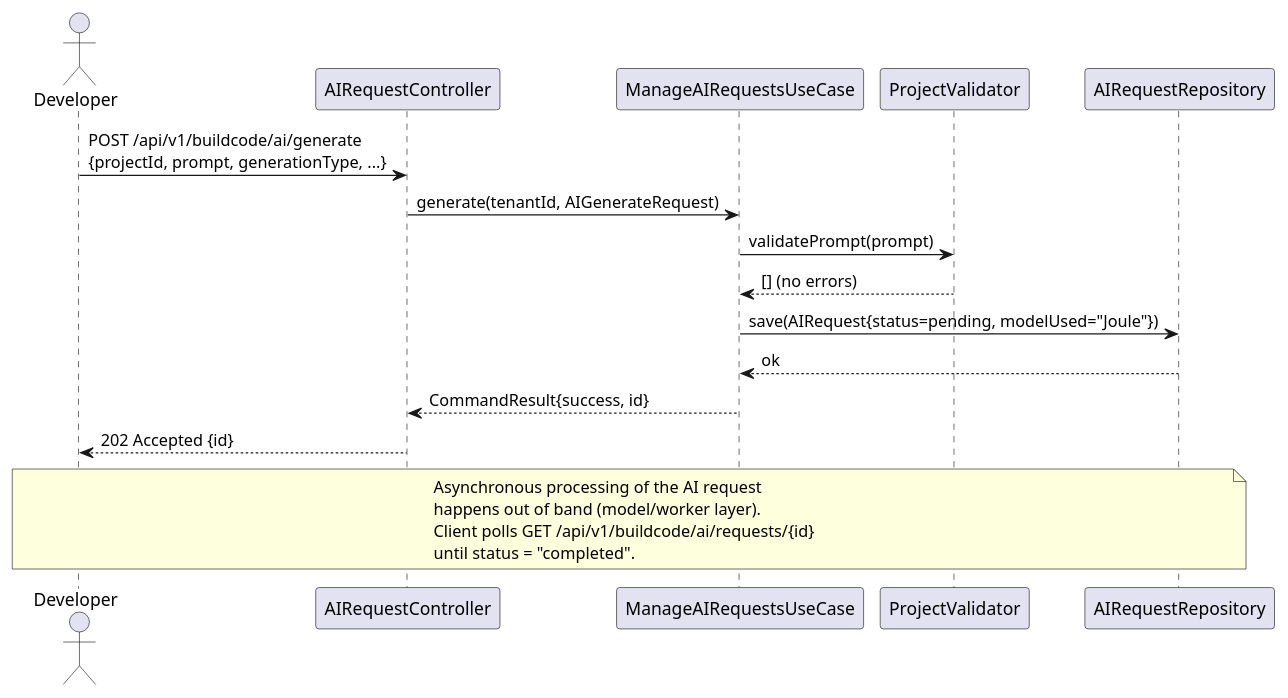
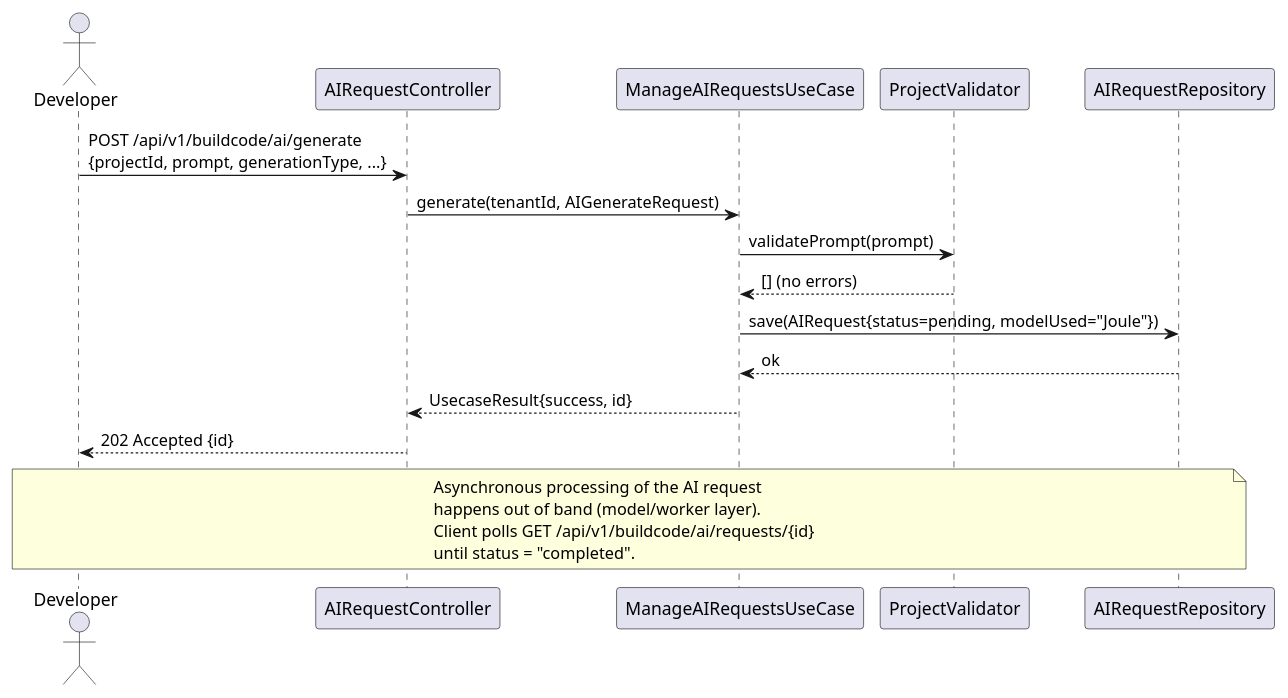
The fourth of 5 diagrams in build-code/UML.md (UIMSolutions/uim-platform), drawn with PlantUML before and after one commit. The commit also changed other lines of this file and 907 other files, not shown here.

Commit message:
Rename CommandResult

````diff
--- a/build-code/UML.md
+++ b/build-code/UML.md
@@ -278,27 +278,27 @@
 ```plantuml
 @startuml AI Generation Flow
 
 actor Developer
 participant "AIRequestController" as AIC
 participant "ManageAIRequestsUseCase" as MAIU
 participant "ProjectValidator" as PV
 participant "AIRequestRepository" as AIR
 
 Developer -> AIC : POST /api/v1/buildcode/ai/generate\n{projectId, prompt, generationType, ...}
 AIC -> MAIU : generate(tenantId, AIGenerateRequest)
 MAIU -> PV  : validatePrompt(prompt)
 PV --> MAIU : [] (no errors)
 MAIU -> AIR : save(AIRequest{status=pending, modelUsed="Joule"})
 AIR --> MAIU : ok
-MAIU --> AIC : CommandResult{success, id}
+MAIU --> AIC : UsecaseResult{success, id}
 AIC --> Developer : 202 Accepted {id}
 
 note over Developer, AIR
   Asynchronous processing of the AI request
   happens out of band (model/worker layer).
   Client polls GET /api/v1/buildcode/ai/requests/{id}
   until status = "completed".
 end note
 
 @enduml
 ```
````
